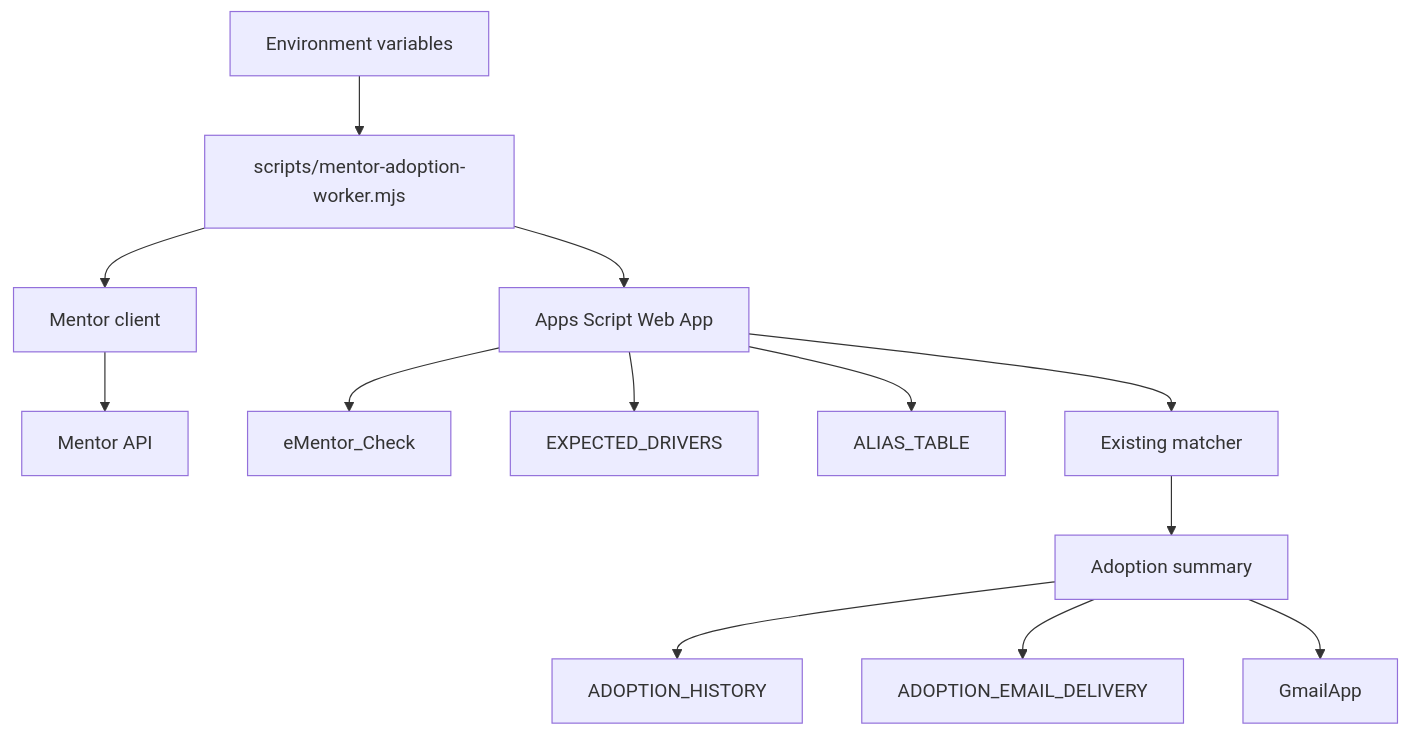
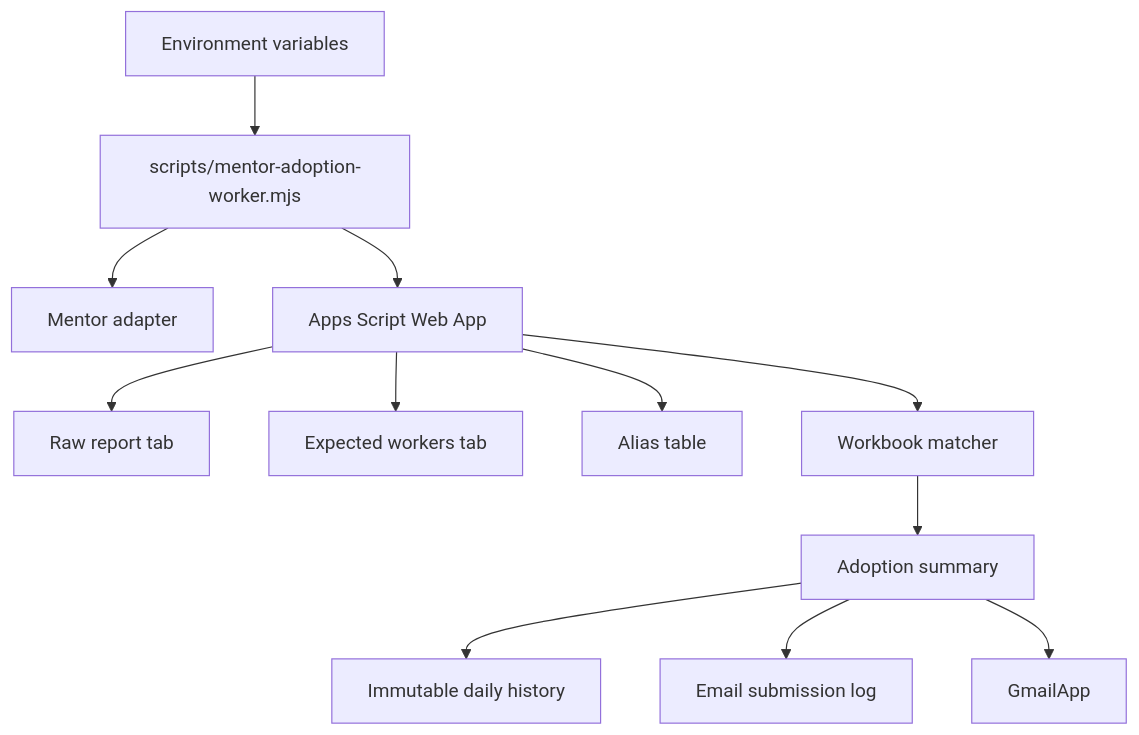
One commit to erenbg1/ementor-daily-adoption-automation changed the diagram in docs/architecture.md. Above: the diagram before and after it, drawn with Mermaid. The commit also changed other lines of this file and 30 other files, not shown here.

````diff
--- a/docs/architecture.md
+++ b/docs/architecture.md
@@ -18,16 +7,15 @@
 ```mermaid
 flowchart TB
-  Config["Environment variables"] --> Worker["scripts/mentor-adoption-worker.mjs"]
-  Worker --> Client["Mentor client"]
-  Client --> MentorAPI["Mentor API"]
+  Env["Environment variables"] --> Worker["scripts/mentor-adoption-worker.mjs"]
+  Worker --> Provider["Mentor adapter"]
   Worker --> WebApp["Apps Script Web App"]
 
-  WebApp --> Raw["eMentor_Check"]
-  WebApp --> Expected["EXPECTED_DRIVERS"]
-  WebApp --> Alias["ALIAS_TABLE"]
-  WebApp --> Matcher["Existing matcher"]
+  WebApp --> Raw["Raw report tab"]
+  WebApp --> Expected["Expected workers tab"]
+  WebApp --> Alias["Alias table"]
+  WebApp --> Matcher["Workbook matcher"]
   Matcher --> Summary["Adoption summary"]
-  Summary --> History["ADOPTION_HISTORY"]
-  Summary --> Delivery["ADOPTION_EMAIL_DELIVERY"]
+  Summary --> History["Immutable daily history"]
+  Summary --> Delivery["Email submission log"]
   Summary --> Gmail["GmailApp"]
 ```
````
